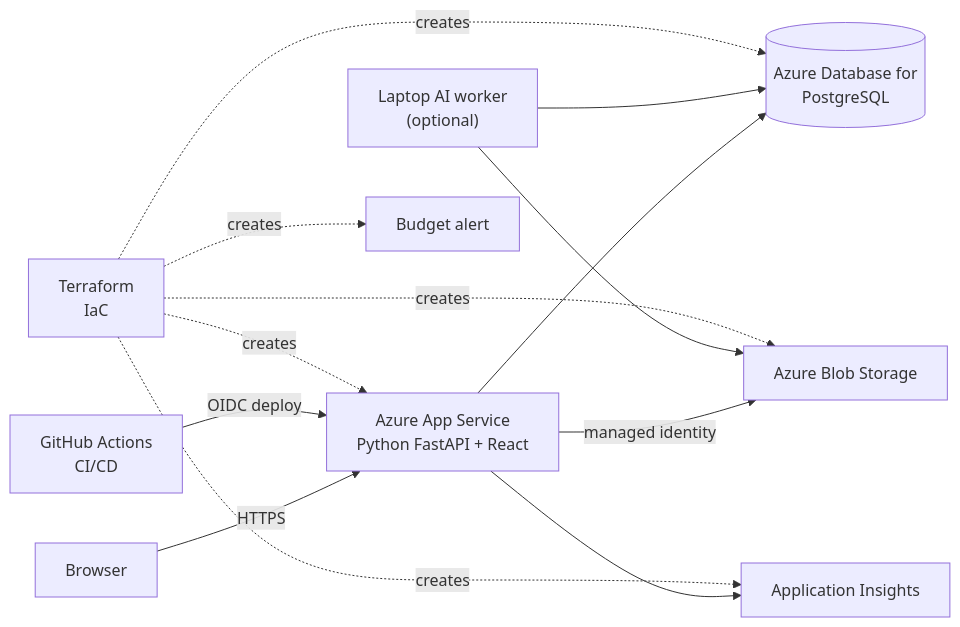
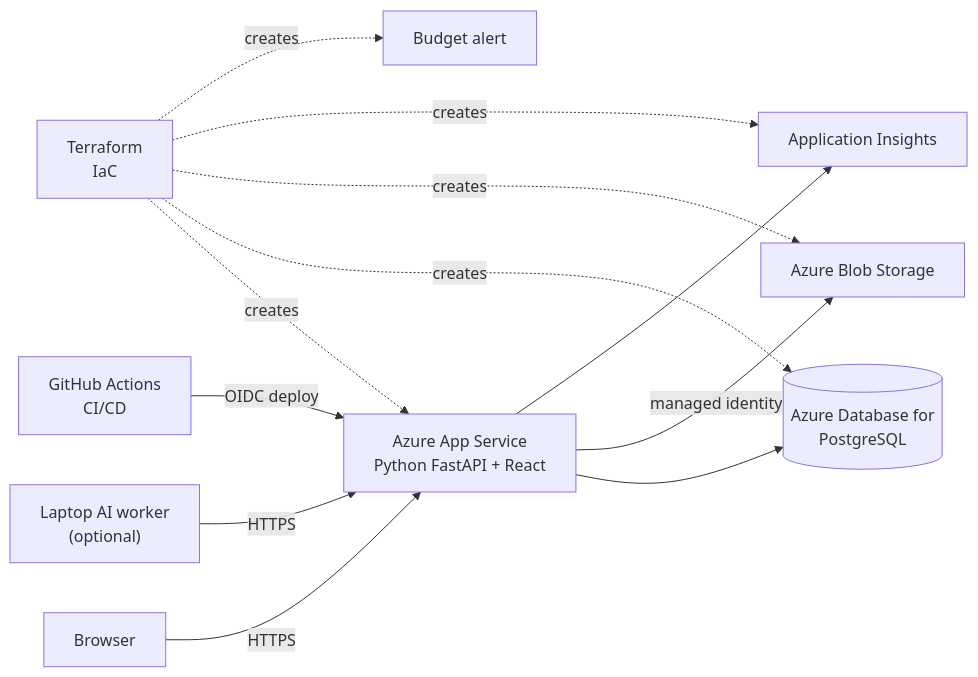
The diagram in README.md (Arnav-Dugad/imagevault-ai), drawn with Mermaid before and after one commit. The commit also changed other lines of this file and 30 other files, not shown here.

````diff
--- a/README.md
+++ b/README.md
@@ -31,10 +32,10 @@
 ```mermaid
 flowchart LR
     U["Browser"] -->|HTTPS| APP["Azure App Service<br/>Python FastAPI + React"]
     APP --> DB[("Azure Database for<br/>PostgreSQL")]
     APP -->|managed identity| BLOB["Azure Blob Storage"]
     APP --> AI["Application Insights"]
-    LAP["Laptop AI worker<br/>(optional)"] --> DB & BLOB
+    LAP["Laptop AI worker<br/>(optional)"] -->|HTTPS| APP
     GH["GitHub Actions<br/>CI/CD"] -->|OIDC deploy| APP
     TF["Terraform<br/>IaC"] -. creates .-> APP & DB & BLOB & AI & BUD["Budget alert"]
 ```
````
